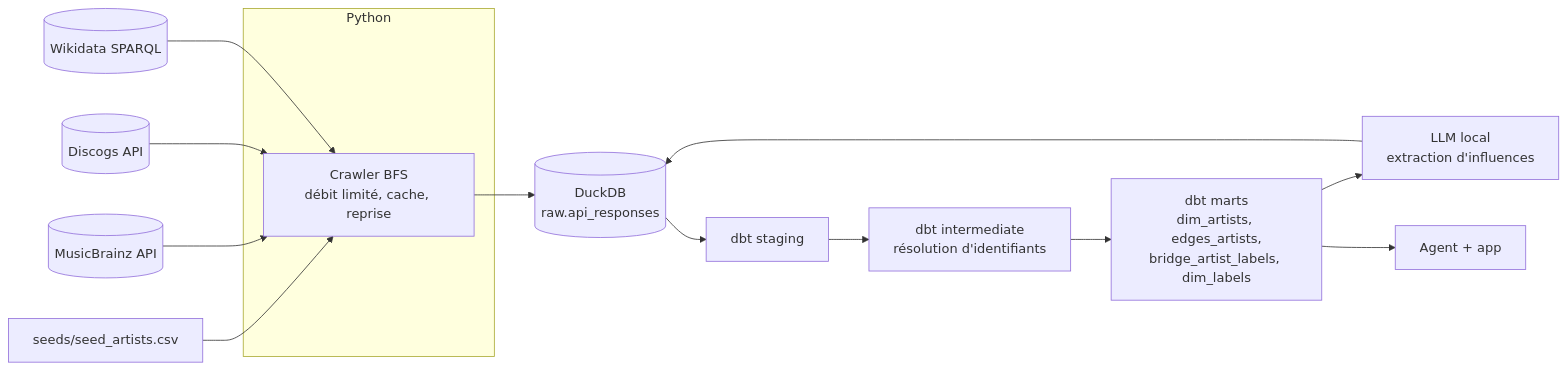
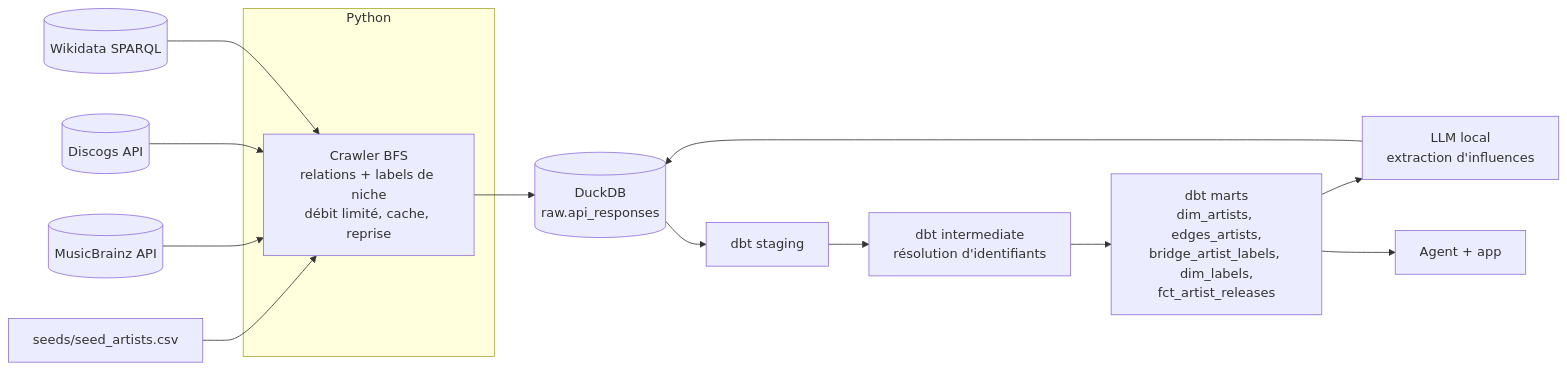
The diagram in README.md (Mehdi210937/lineage), drawn with Mermaid before and after one commit. The commit also changed other lines of this file and 6 other files, not shown here.

First line of the commit message:
Étendre le crawl par labels de niche

````diff
--- a/README.md
+++ b/README.md
@@ -13,15 +13,15 @@
 ```mermaid
 flowchart LR
     S[seeds/seed_artists.csv] --> C
     subgraph Ingestion [Python]
-        C[Crawler BFS<br/>débit limité, cache, reprise]
+        C[Crawler BFS<br/>relations + labels de niche<br/>débit limité, cache, reprise]
     end
     MB[(MusicBrainz API)] --> C
     DG[(Discogs API)] --> C
     WD[(Wikidata SPARQL)] --> C
     C --> R[(DuckDB<br/>raw.api_responses)]
-    R --> STG[dbt staging] --> INT[dbt intermediate<br/>résolution d'identifiants] --> M[dbt marts<br/>dim_artists, edges_artists,<br/>bridge_artist_labels, dim_labels]
+    R --> STG[dbt staging] --> INT[dbt intermediate<br/>résolution d'identifiants] --> M[dbt marts<br/>dim_artists, edges_artists,<br/>bridge_artist_labels, dim_labels,<br/>fct_artist_releases]
     M --> L[LLM local<br/>extraction d'influences]
     L --> R
     M --> A[Agent + app]
 ```
````
